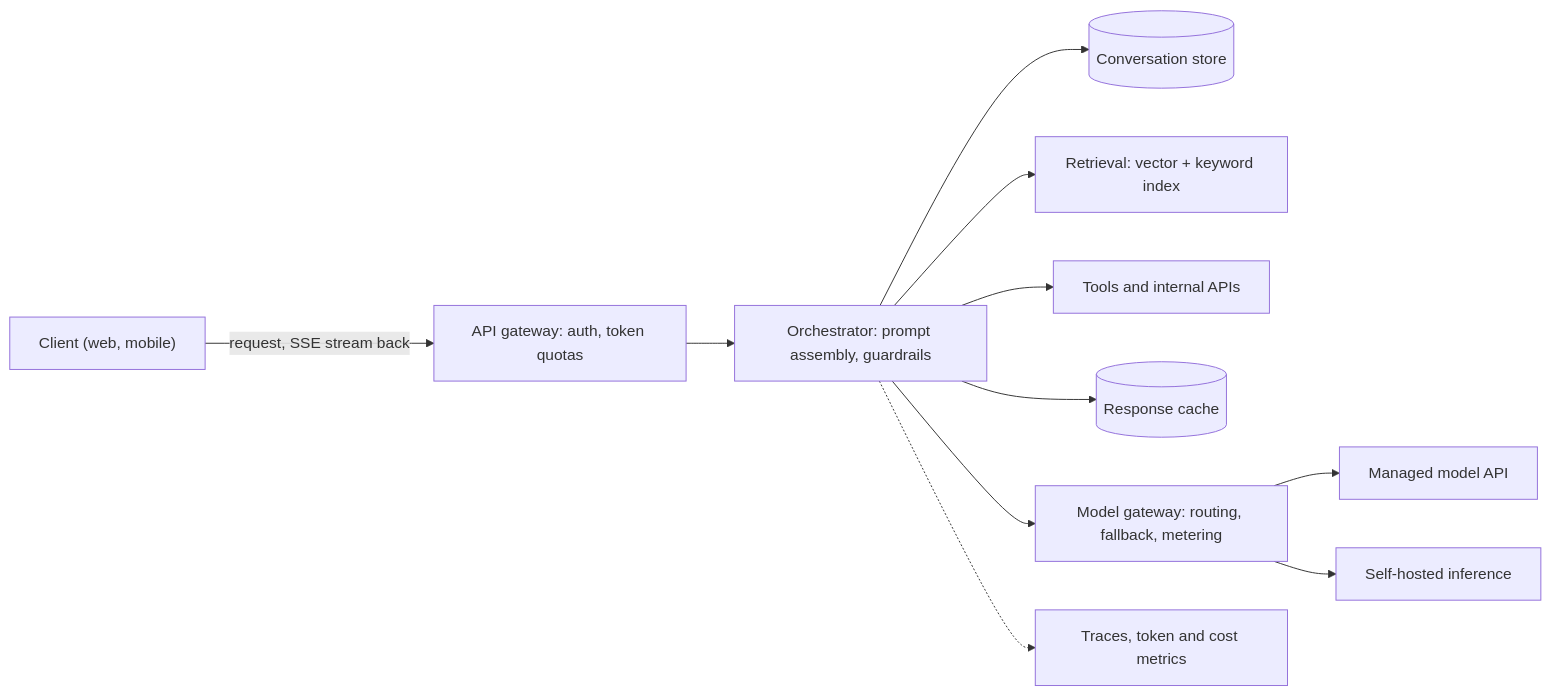
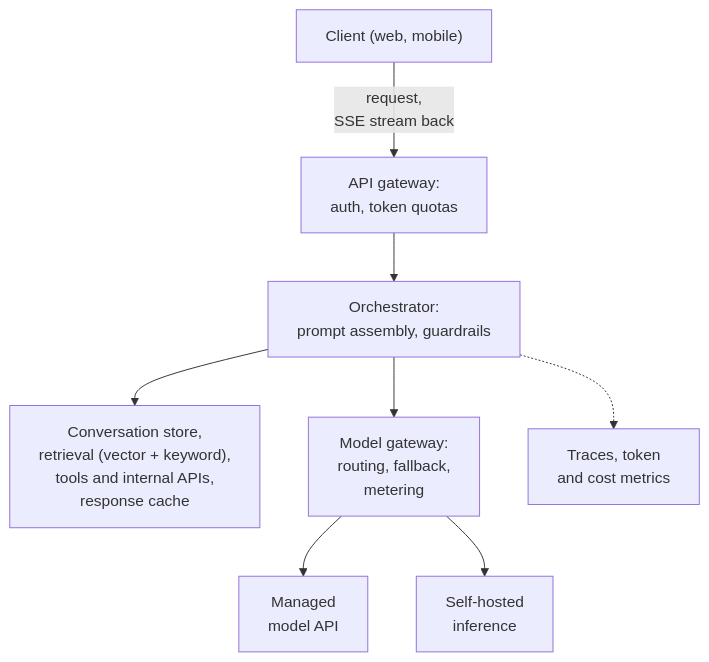
Before and after one commit to butyavk/system-design: the first of 2 diagrams in src/content/docs/architecture/llm-applications.mdx, drawn with Mermaid. The commit also changed other lines of this file and 144 other files, not shown here.

````diff
--- a/src/content/docs/architecture/llm-applications.mdx
+++ b/src/content/docs/architecture/llm-applications.mdx
@@ -24,13 +24,10 @@
 ```mermaid
-flowchart LR
-  client["Client (web, mobile)"] -->|"request, SSE stream back"| gw["API gateway: auth, token quotas"]
-  gw --> orch["Orchestrator: prompt assembly, guardrails"]
-  orch --> conv[("Conversation store")]
-  orch --> rag["Retrieval: vector + keyword index"]
-  orch --> tools["Tools and internal APIs"]
-  orch --> cache[("Response cache")]
-  orch --> mgw["Model gateway: routing, fallback, metering"]
-  mgw --> api["Managed model API"]
-  mgw --> selfhost["Self-hosted inference"]
-  orch -.-> obs["Traces, token and cost metrics"]
+flowchart TB
+  client["Client (web, mobile)"] -->|"request,<br/>SSE stream back"| gw["API gateway:<br/>auth, token quotas"]
+  gw --> orch["Orchestrator:<br/>prompt assembly, guardrails"]
+  orch --> deps["Conversation store,<br/>retrieval (vector + keyword),<br/>tools and internal APIs,<br/>response cache"]
+  orch --> mgw["Model gateway:<br/>routing, fallback,<br/>metering"]
+  mgw --> api["Managed<br/>model API"]
+  mgw --> selfhost["Self-hosted<br/>inference"]
+  orch -.-> obs["Traces, token<br/>and cost metrics"]
 ```
````
